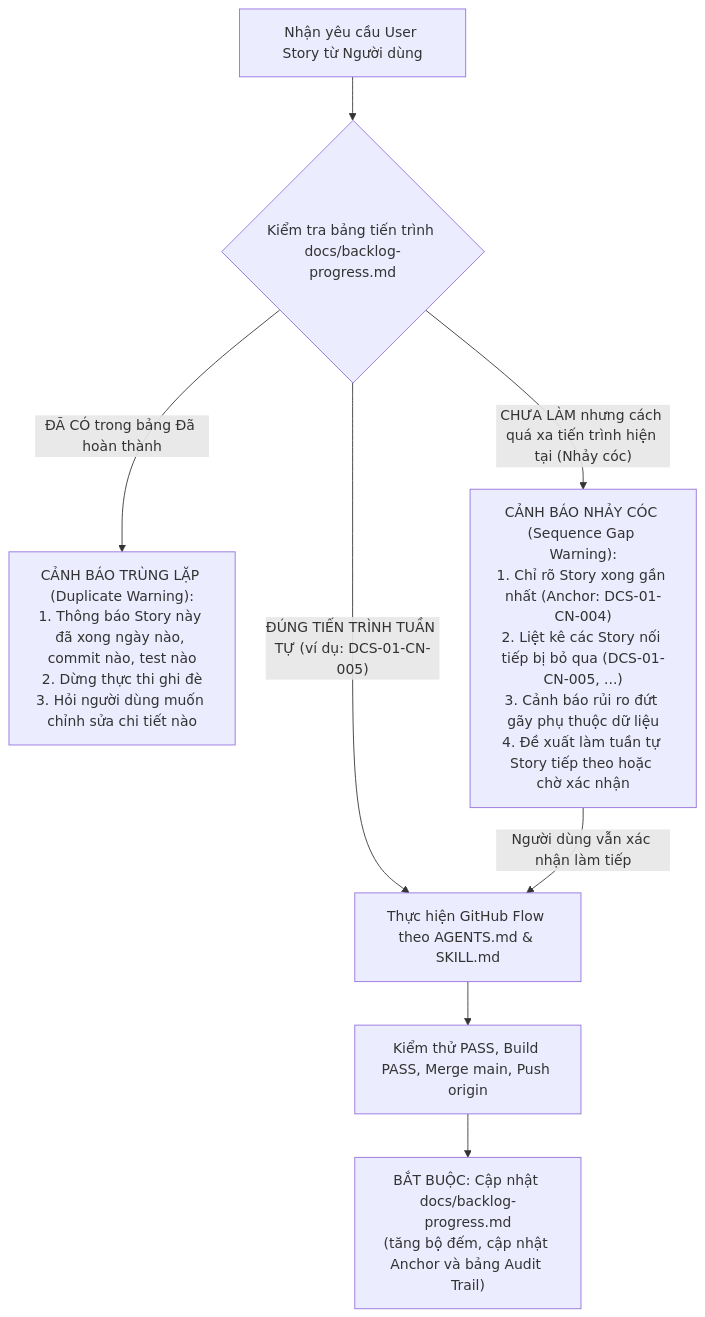
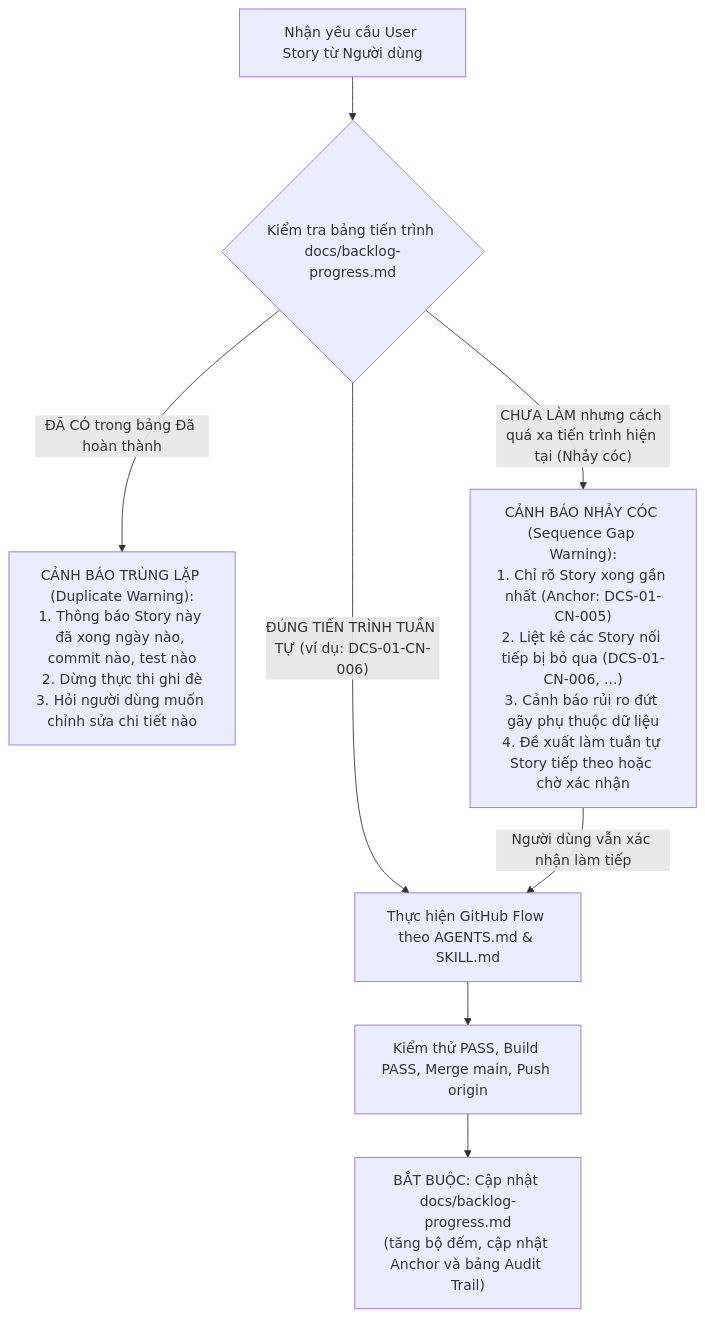
Before and after one commit to hienvanla5/dia_chinh_so: the diagram in docs/backlog-progress.md, drawn with Mermaid. The commit also changed other lines of this file and 1 other file, not shown here.

Commit message:
docs(api): document session security endpoints and update progress for DCS-01-CN-005

````diff
--- a/docs/backlog-progress.md
+++ b/docs/backlog-progress.md
@@ -88,14 +111,14 @@
 ```mermaid
 flowchart TD
     Req["Nhận yêu cầu User Story từ Người dùng"] --> CheckTable{"Kiểm tra bảng tiến trình docs/backlog-progress.md"}
     
     CheckTable -- "ĐÃ CÓ trong bảng Đã hoàn thành" --> WarnDup["CẢNH BÁO TRÙNG LẶP (Duplicate Warning):<br>1. Thông báo Story này đã xong ngày nào, commit nào, test nào<br>2. Dừng thực thi ghi đè<br>3. Hỏi người dùng muốn chỉnh sửa chi tiết nào"]
     
-    CheckTable -- "CHƯA LÀM nhưng cách quá xa tiến trình hiện tại (Nhảy cóc)" --> WarnGap["CẢNH BÁO NHẢY CÓC (Sequence Gap Warning):<br>1. Chỉ rõ Story xong gần nhất (Anchor: DCS-01-CN-004)<br>2. Liệt kê các Story nối tiếp bị bỏ qua (DCS-01-CN-005, ...)<br>3. Cảnh báo rủi ro đứt gãy phụ thuộc dữ liệu<br>4. Đề xuất làm tuần tự Story tiếp theo hoặc chờ xác nhận"]
+    CheckTable -- "CHƯA LÀM nhưng cách quá xa tiến trình hiện tại (Nhảy cóc)" --> WarnGap["CẢNH BÁO NHẢY CÓC (Sequence Gap Warning):<br>1. Chỉ rõ Story xong gần nhất (Anchor: DCS-01-CN-005)<br>2. Liệt kê các Story nối tiếp bị bỏ qua (DCS-01-CN-006, ...)<br>3. Cảnh báo rủi ro đứt gãy phụ thuộc dữ liệu<br>4. Đề xuất làm tuần tự Story tiếp theo hoặc chờ xác nhận"]
     
-    CheckTable -- "ĐÚNG TIẾN TRÌNH TUẦN TỰ (ví dụ: DCS-01-CN-005)" --> RunStory["Thực hiện GitHub Flow theo AGENTS.md & SKILL.md"]
+    CheckTable -- "ĐÚNG TIẾN TRÌNH TUẦN TỰ (ví dụ: DCS-01-CN-006)" --> RunStory["Thực hiện GitHub Flow theo AGENTS.md & SKILL.md"]
     WarnGap -- "Người dùng vẫn xác nhận làm tiếp" --> RunStory
     
     RunStory --> Done["Kiểm thử PASS, Build PASS, Merge main, Push origin"]
     Done --> UpdateLog["BẮT BUỘC: Cập nhật docs/backlog-progress.md<br>(tăng bộ đếm, cập nhật Anchor và bảng Audit Trail)"]
 ```
````
